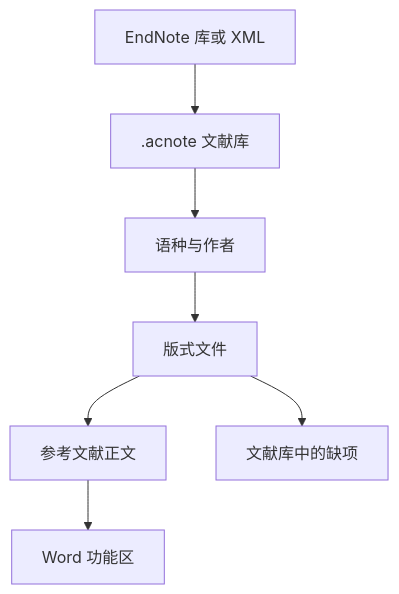
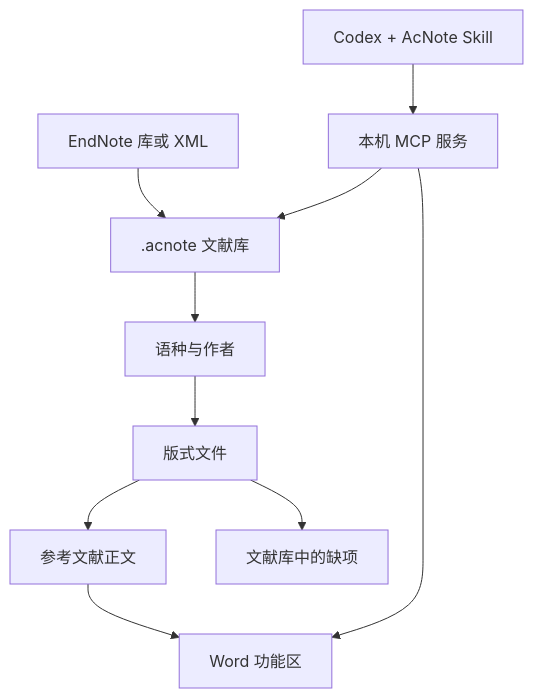
One commit to DLWangSan/acnote changed the diagram in README.zh-CN.md. Above: the diagram before and after it, drawn with Mermaid. The commit also changed other lines of this file and 1 other file, not shown here.

Commit message:
docs: document Codex skill and MCP tools

````diff
--- a/README.zh-CN.md
+++ b/README.zh-CN.md
@@ -113,9 +135,12 @@
 ```mermaid
 flowchart TD
     A[EndNote 库或 XML] --> B[.acnote 文献库]
+    H[Codex + AcNote Skill] --> I[本机 MCP 服务]
+    I --> B
+    I --> G
     B --> C[语种与作者]
     C --> D[版式文件]
     D --> E[参考文献正文]
     D --> F[文献库中的缺项]
     E --> G[Word 功能区]
 ```
````
